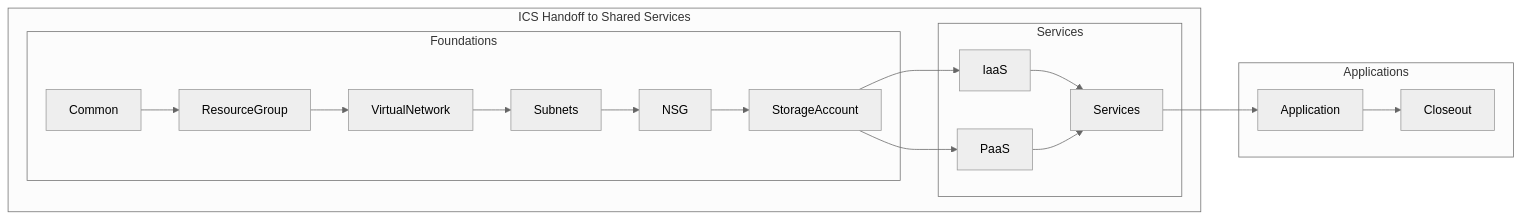
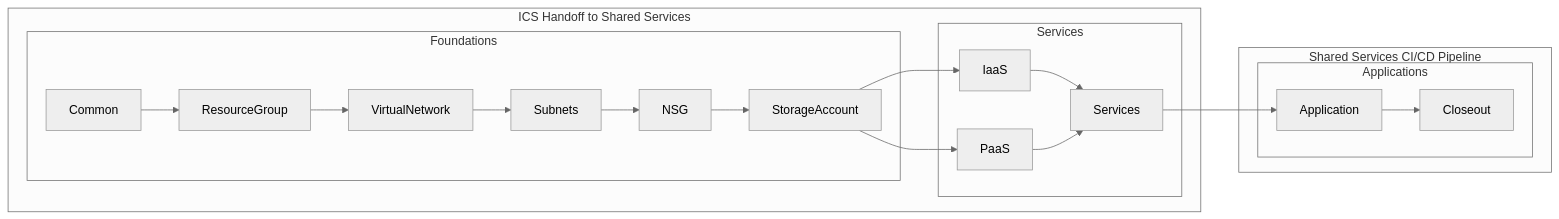
The first of 2 diagrams in azure-BlueShift/README.md (slagathor34/awx-lab), drawn with Mermaid (neutral theme) before and after one commit.

Commit message:
Section update

````diff
--- a/azure-BlueShift/README.md
+++ b/azure-BlueShift/README.md
@@ -15,23 +15,26 @@
 ```mermaid
 flowchart LR
   subgraph ICS Handoff to Shared Services
     subgraph Foundations
       Node0[Common] --> Node1[ResourceGroup]
       Node1[ResourceGroup] --> Node2[VirtualNetwork]
       Node2[VirtualNetwork] --> Node3[Subnets]
       Node3[Subnets] --> Node4[NSG]
       Node4[NSG] --> Node5[StorageAccount]
     end
     
     subgraph Services
       Node5[StorageAccount] --> Node6[IaaS]
       Node5[StorageAccount] --> Node7[PaaS]
       Node6[IaaS] --> Node8[Services]
       Node7[PaaS] --> Node8[Services]
     end
   end
-  subgraph Applications 
-    Node8[Services] --> Node9[Application]
-    Node9[Application] --> Node10[Closeout]
+  
+  subgraph Shared Services CI/CD Pipeline
+    subgraph Applications 
+      Node8[Services] --> Node9[Application]
+      Node9[Application] --> Node10[Closeout]
+    end
   end
 ```
````
